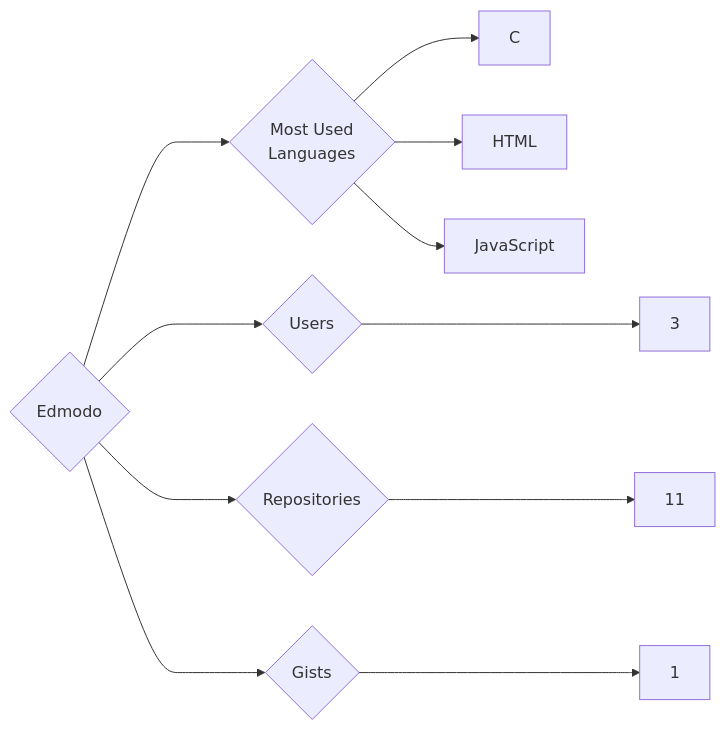
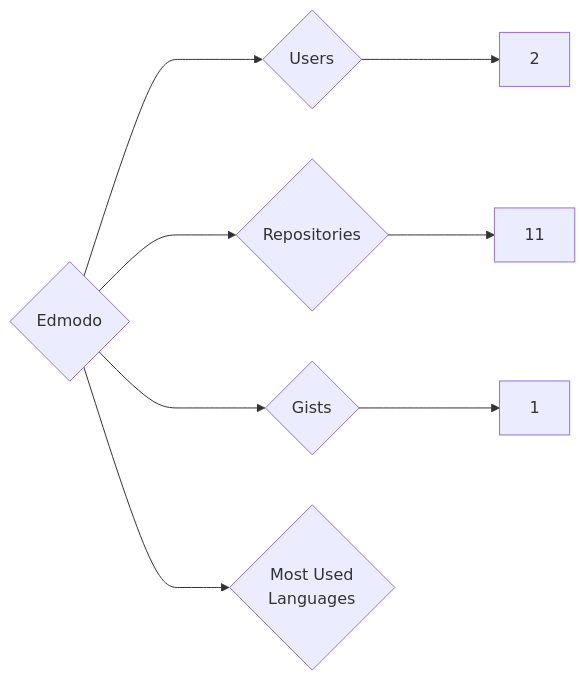
The diagram in targets/Edmodo/README.md (trickest/insiders), drawn with Mermaid before and after one commit. The commit also changed 882 other files, not shown here.

````diff
--- a/targets/Edmodo/README.md
+++ b/targets/Edmodo/README.md
@@ -3,11 +3,8 @@
 ```mermaid
 graph LR
 COMPANY_NAME{Edmodo}
-COMPANY_NAME ---> U{Users} ---> UN[3]
+COMPANY_NAME ---> U{Users} ---> UN[2]
 COMPANY_NAME ---> R{Repositories} ---> RN[11]
 COMPANY_NAME ---> G{Gists} ---> GN[1]
 COMPANY_NAME ---> ML{Most Used<br>Languages}
-ML --> C[C]
-ML --> HTML[HTML]
-ML --> JavaScript[JavaScript]
 ```
````
